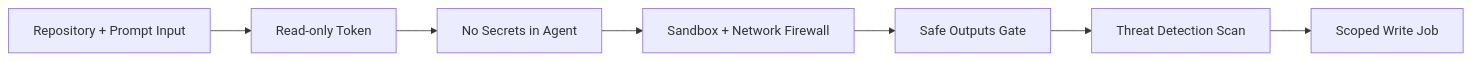
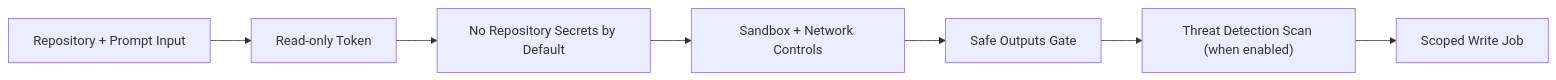
One commit to githubnext/gh-aw changed the diagram in docs/src/content/docs/index.mdx. Above: the diagram before and after it, drawn with Mermaid. The commit also changed other lines of this file and 9 other files, not shown here.

````diff
--- a/docs/src/content/docs/index.mdx
+++ b/docs/src/content/docs/index.mdx
@@ -73,9 +73,9 @@
 ```mermaid
 flowchart LR
     INPUT["Repository + Prompt Input"] --> TOKENS["Read-only Token"]
-    TOKENS --> SECRETS["No Secrets in Agent"]
-    SECRETS --> SANDBOX["Sandbox + Network Firewall"]
+    TOKENS --> SECRETS["No Repository Secrets by Default"]
+    SECRETS --> SANDBOX["Sandbox + Network Controls"]
     SANDBOX --> SAFE["Safe Outputs Gate"]
-    SAFE --> DETECT["Threat Detection Scan"]
+    SAFE --> DETECT["Threat Detection Scan (when enabled)"]
     DETECT --> APPLY["Scoped Write Job"]
 ```
````
